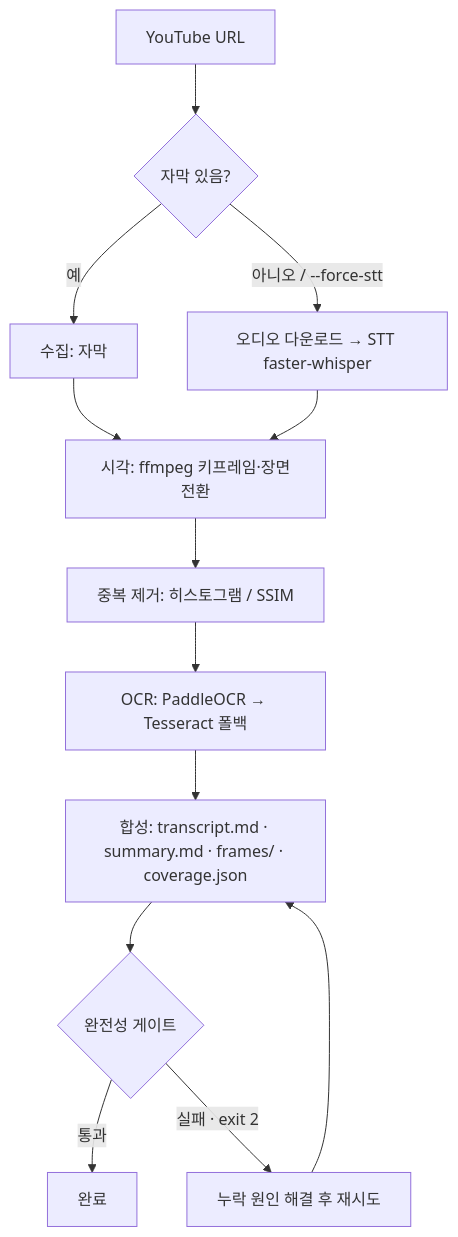
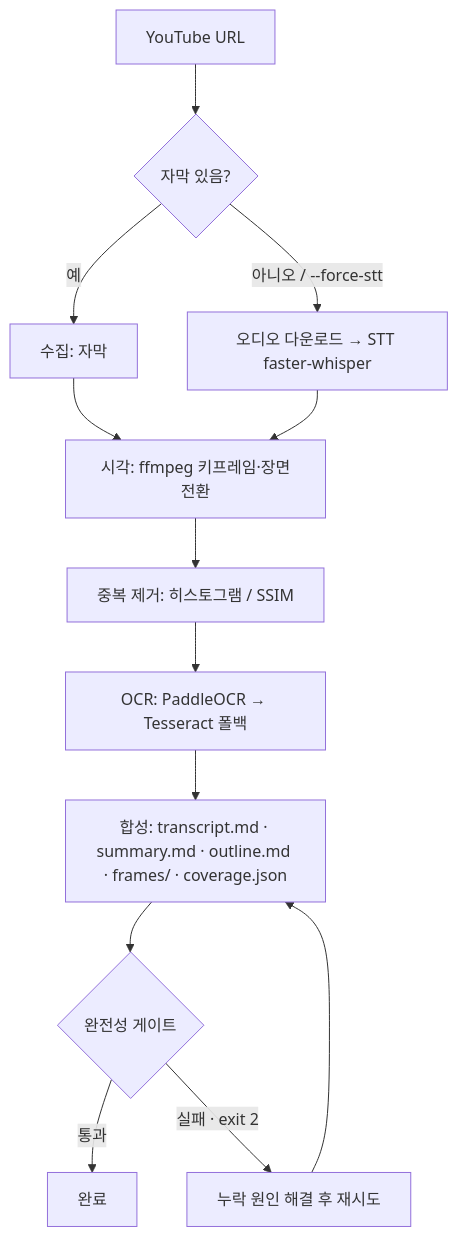
The diagram in README.md (haesol-shin/lectural), drawn with Mermaid before and after one commit. The commit also changed other lines of this file and 14 other files, not shown here.

Commit message:
feat(synthesis): split summary and outline artifacts

````diff
--- a/README.md
+++ b/README.md
@@ -21,15 +21,15 @@
 ```mermaid
 flowchart TD
     A[YouTube URL] --> B{자막 있음?}
     B -->|예| C[수집: 자막]
     B -->|아니오 / --force-stt| D[오디오 다운로드 → STT faster-whisper]
     C --> E[시각: ffmpeg 키프레임·장면전환]
     D --> E
     E --> F[중복 제거: 히스토그램 / SSIM]
     F --> G[OCR: PaddleOCR → Tesseract 폴백]
-    G --> H[합성: transcript.md · summary.md · frames/ · coverage.json]
+    G --> H[합성: transcript.md · summary.md · outline.md · frames/ · coverage.json]
     H --> I{완전성 게이트}
     I -->|통과| J[완료]
     I -->|실패 · exit 2| K[누락 원인 해결 후 재시도]
     K --> H
 ```
````
